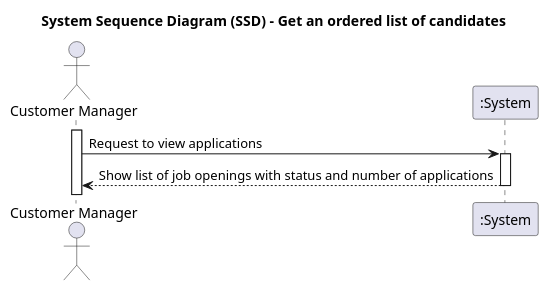
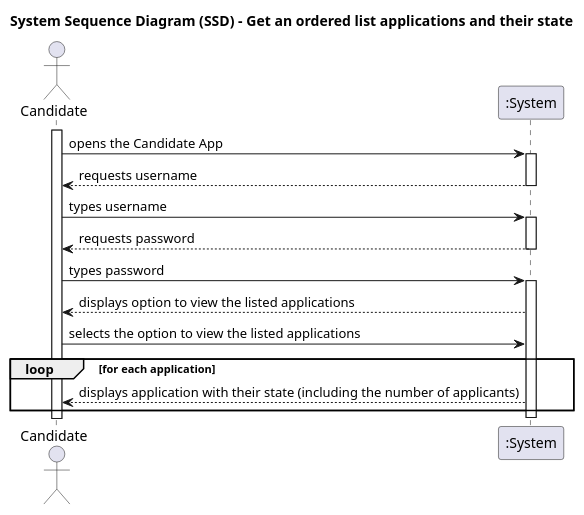
One commit to marcoferreira37/Lapr4 changed the diagram in docs/sprintC/3000/puml/3000-system-sequence-diagram.puml. Above: the diagram before and after it, drawn with PlantUML. The commit also changed 6 other files, not shown here.

Commit message:
#49 [US3000] Update of the system sequence diagram and UCD

```diff
--- a/docs/sprintC/3000/puml/3000-system-sequence-diagram.puml
+++ b/docs/sprintC/3000/puml/3000-system-sequence-diagram.puml
@@ -1,22 +1,44 @@
 @startuml
 'skinparam monochrome true
 'skinparam packageStyle rectangle
 'skinparam shadowing false
 
-title System Sequence Diagram (SSD) - Get an ordered list of candidates
+title System Sequence Diagram (SSD) - Get an ordered list applications and their state
 
-actor "Customer Manager" as Agent
+actor "Candidate" as Agent
 participant ":System" as System
 
 activate Agent
 
-Agent -> System : Request to view applications
+Agent -> System : opens the Candidate App
 
 activate System
 
-System --> Agent: Show list of job openings with status and number of applications
-deactivate
+System --> Agent: requests username
 
+deactivate System
 
+Agent -> System : types username
+
+activate System
+
+System --> Agent: requests password
+
+deactivate System
+
+Agent -> System : types password
+
+activate System
+
+System --> Agent : displays option to view the listed applications
+
+Agent -> System : selects the option to view the listed applications
+
+loop for each application
+
+System --> Agent: displays application with their state (including the number of applicants)
+
+end loop
+deactivate System
 
 @enduml
```
